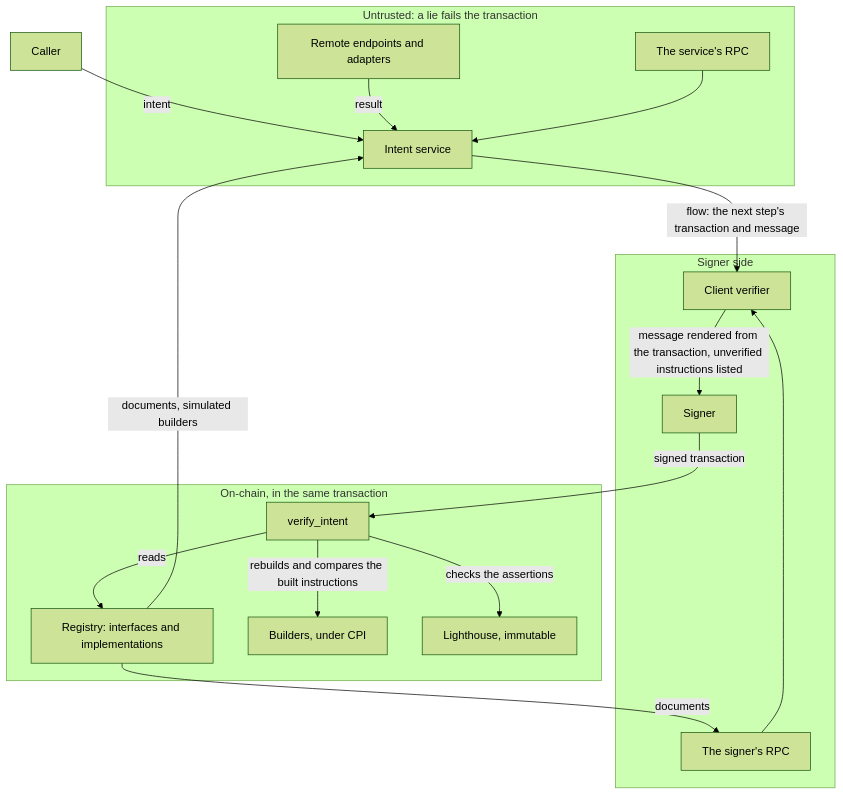
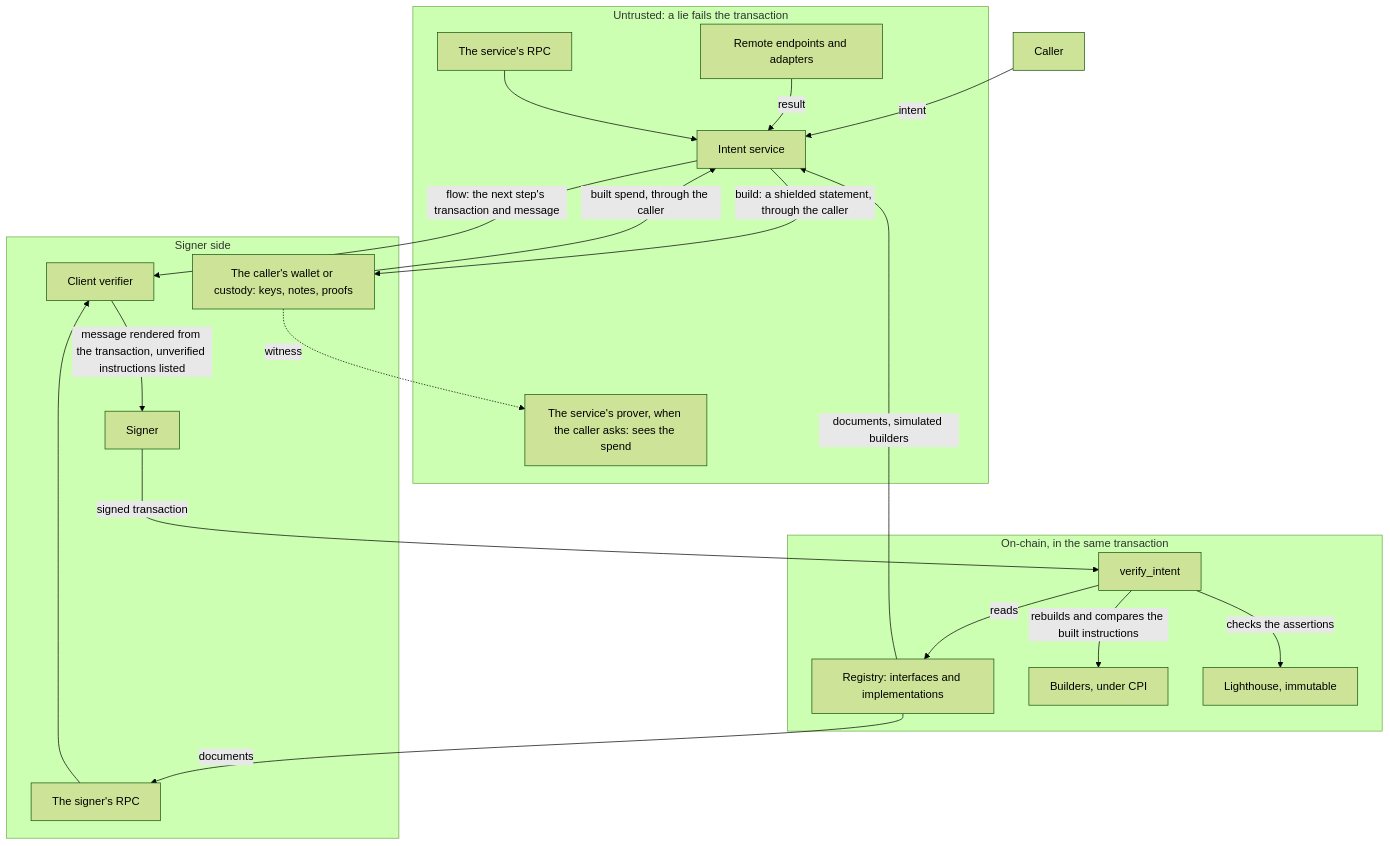
One commit to solana-foundation/solana-developer-platform changed the second of 2 diagrams in packages/sdp-intents/DESIGN.md. Above: the diagram before and after it, drawn with Mermaid (forest theme). The commit also changed other lines of this file, not shown here.

First line of the commit message:
docs(intents): condense the design after the shielded, circuit, and pinning changes

````diff
--- a/packages/sdp-intents/DESIGN.md
+++ b/packages/sdp-intents/DESIGN.md
@@ -1488,31 +1476,36 @@
 ```mermaid
 flowchart TB
   subgraph Untrusted["Untrusted: a lie fails the transaction"]
     SVC[Intent service]
     REM[Remote endpoints and adapters]
     SRPC[The service's RPC]
+    PRV["The service's prover, when the caller asks: sees the spend"]
   end
   subgraph Signer["Signer side"]
     VER[Client verifier]
     SIGN[Signer]
     VRPC[The signer's RPC]
+    WAL["The caller's wallet or custody: keys, notes, proofs"]
   end
   subgraph Chain["On-chain, in the same transaction"]
     REG[Registry: interfaces and implementations]
     VI[verify_intent]
     BLD[Builders, under CPI]
     LH[Lighthouse, immutable]
   end
   CALLER[Caller] -->|intent| SVC
   REM -->|result| SVC
   SRPC --> SVC
   REG -->|documents, simulated builders| SVC
   SVC -->|"flow: the next step's transaction and message"| VER
+  SVC -->|"build: a shielded statement, through the caller"| WAL
+  WAL -->|"built spend, through the caller"| SVC
+  WAL -.->|witness| PRV
   REG -->|documents| VRPC
   VRPC --> VER
   VER -->|"message rendered from the transaction, unverified instructions listed"| SIGN
   SIGN -->|signed transaction| VI
   VI -->|"rebuilds and compares the built instructions"| BLD
   VI -->|reads| REG
   VI -->|"checks the assertions"| LH
 ```
````
